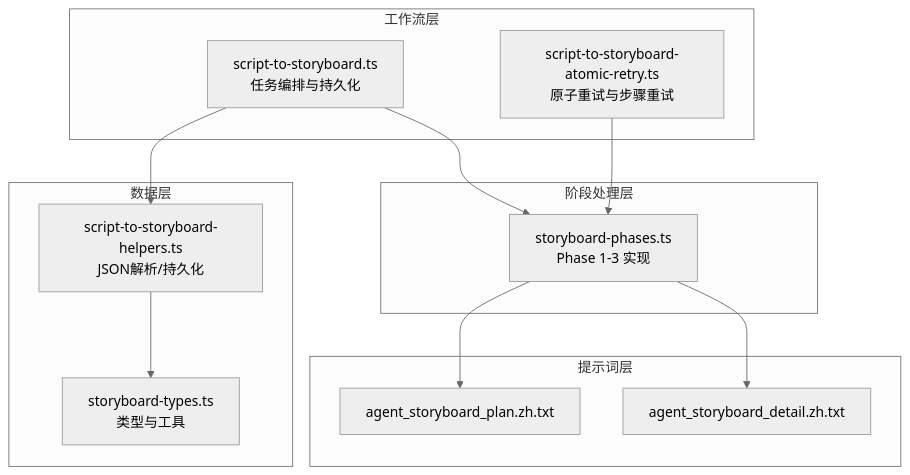
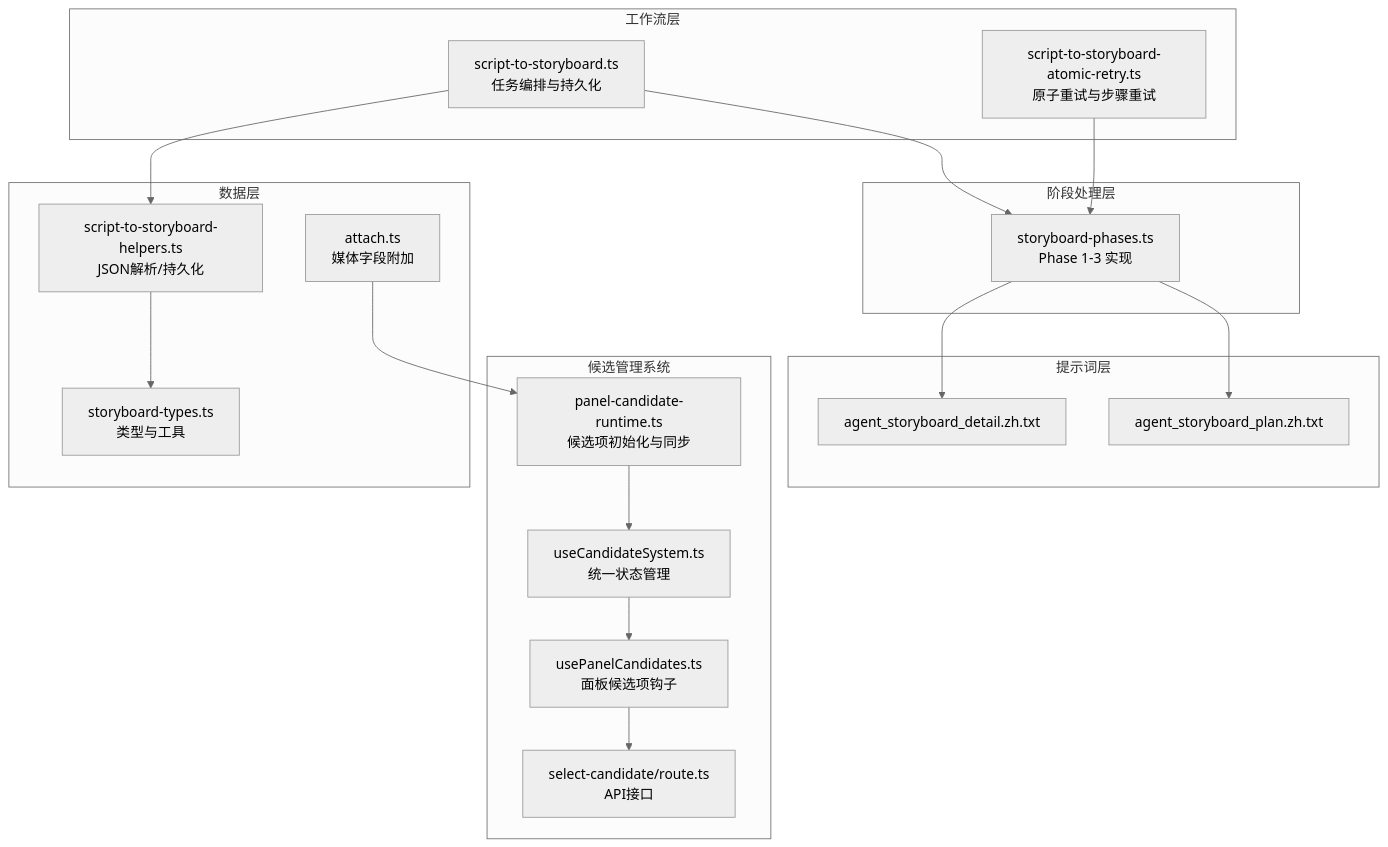
Before and after one commit to lyl2021/waoowaoo: the first of 9 diagrams in .qoder/repowiki/zh/content/小说推广工作流/分镜生成模块.md, drawn with Mermaid (neutral theme). The commit also changed other lines of this file and 18 other files, not shown here.

````diff
--- a/.qoder/repowiki/zh/content/小说推广工作流/分镜生成模块.md
+++ b/.qoder/repowiki/zh/content/小说推广工作流/分镜生成模块.md
@@ -38,24 +56,35 @@
 ```mermaid
 graph TB
 subgraph "工作流层"
 W1["script-to-storyboard.ts<br/>任务编排与持久化"]
 W2["script-to-storyboard-atomic-retry.ts<br/>原子重试与步骤重试"]
 end
 subgraph "阶段处理层"
 P1["storyboard-phases.ts<br/>Phase 1-3 实现"]
 end
+subgraph "候选管理系统"
+C1["panel-candidate-runtime.ts<br/>候选项初始化与同步"]
+C2["useCandidateSystem.ts<br/>统一状态管理"]
+C3["usePanelCandidates.ts<br/>面板候选项钩子"]
+C4["select-candidate/route.ts<br/>API接口"]
+end
 subgraph "提示词层"
 T1["agent_storyboard_plan.zh.txt"]
 T2["agent_storyboard_detail.zh.txt"]
 end
 subgraph "数据层"
 H1["script-to-storyboard-helpers.ts<br/>JSON解析/持久化"]
 TY["storyboard-types.ts<br/>类型与工具"]
+A1["attach.ts<br/>媒体字段附加"]
 end
 W1 --> P1
 W1 --> H1
 W2 --> P1
 P1 --> T1
 P1 --> T2
+C1 --> C2
+C2 --> C3
+C3 --> C4
 H1 --> TY
+A1 --> C1
 ```
````
